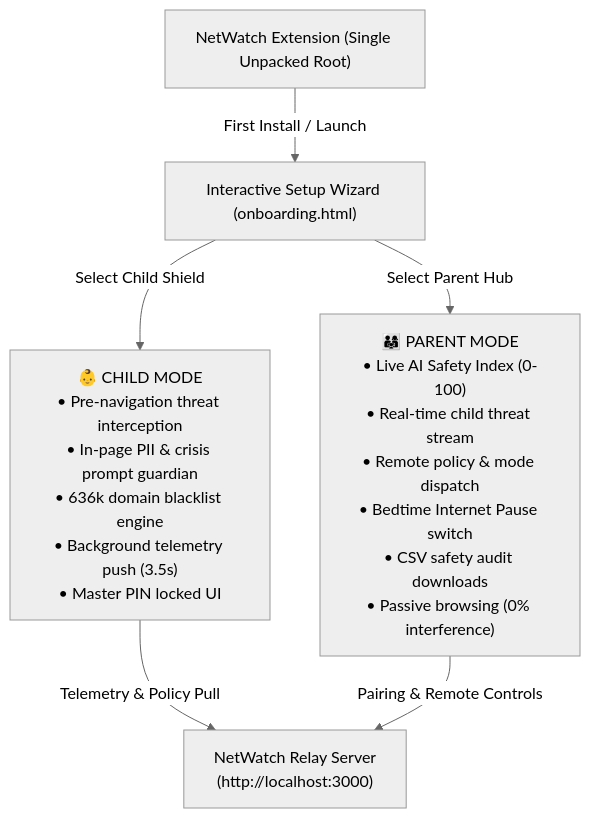
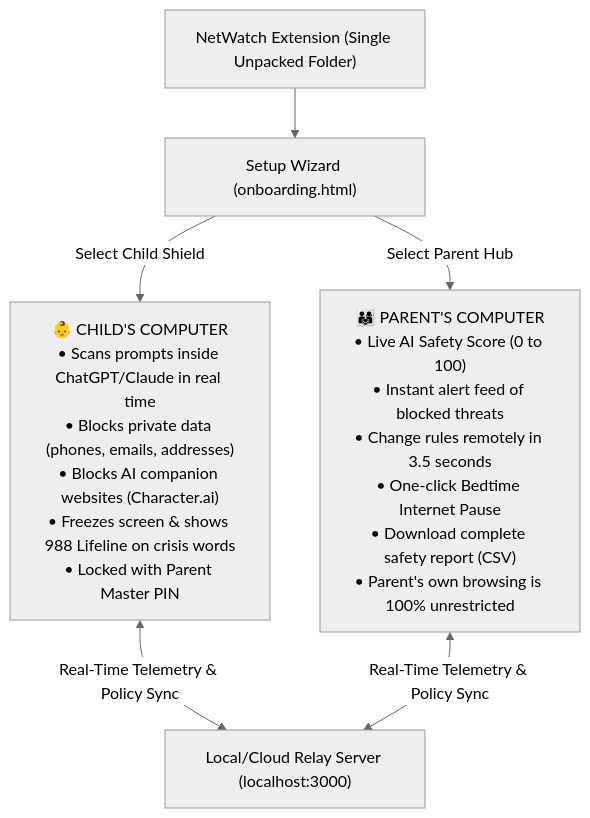
Before and after one commit to rohityin/NetWatch: the diagram in DEVPOST_SUBMISSION.md, drawn with Mermaid (neutral theme). The commit also changed other lines of this file and 21 other files, not shown here.

````diff
--- a/DEVPOST_SUBMISSION.md
+++ b/DEVPOST_SUBMISSION.md
@@ -30,12 +46,9 @@
 ```mermaid
 flowchart TD
-    EXT["NetWatch Extension (Single Unpacked Root)"]
-    ONBOARD["Interactive Setup Wizard (onboarding.html)"]
-    EXT -->|First Install / Launch| ONBOARD
+    EXT["NetWatch Extension (Single Unpacked Folder)"] --> WIZARD["Setup Wizard (onboarding.html)"]
+    WIZARD -->|Select Child Shield| CHILD["👶 CHILD'S COMPUTER<br/>• Scans prompts inside ChatGPT/Claude in real time<br/>• Blocks private data (phones, emails, addresses)<br/>• Blocks AI companion websites (Character.ai)<br/>• Freezes screen & shows 988 Lifeline on crisis words<br/>• Locked with Parent Master PIN"]
+    WIZARD -->|Select Parent Hub| PARENT["👨‍👩‍👧 PARENT'S COMPUTER<br/>• Live AI Safety Score (0 to 100)<br/>• Instant alert feed of blocked threats<br/>• Change rules remotely in 3.5 seconds<br/>• One-click Bedtime Internet Pause<br/>• Download complete safety report (CSV)<br/>• Parent's own browsing is 100% unrestricted"]
 
-    ONBOARD -->|Select Child Shield| ROLE_CHILD["👶 CHILD MODE<br/>• Pre-navigation threat interception<br/>• In-page PII & crisis prompt guardian<br/>• 636k domain blacklist engine<br/>• Background telemetry push (3.5s)<br/>• Master PIN locked UI"]
-    ONBOARD -->|Select Parent Hub| ROLE_PARENT["👨‍👩‍👧 PARENT MODE<br/>• Live AI Safety Index (0-100)<br/>• Real-time child threat stream<br/>• Remote policy & mode dispatch<br/>• Bedtime Internet Pause switch<br/>• CSV safety audit downloads<br/>• Passive browsing (0% interference)"]
-
-    ROLE_CHILD -->|Telemetry & Policy Pull| RELAY["NetWatch Relay Server<br/>(http://localhost:3000)"]
-    ROLE_PARENT -->|Pairing & Remote Controls| RELAY
+    CHILD <-->|Real-Time Telemetry & Policy Sync| RELAY["Local/Cloud Relay Server (localhost:3000)"]
+    PARENT <-->|Real-Time Telemetry & Policy Sync| RELAY
 ```
````
